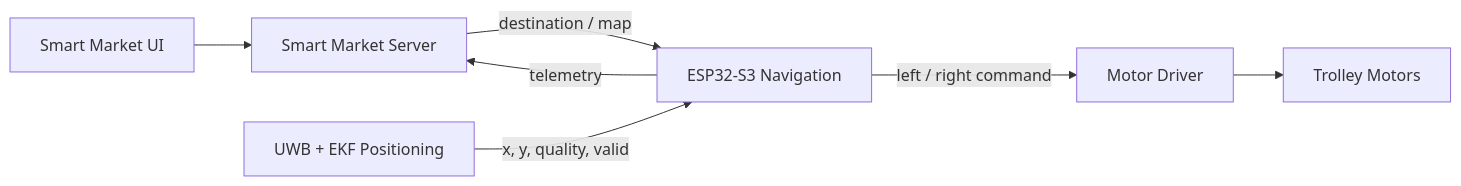
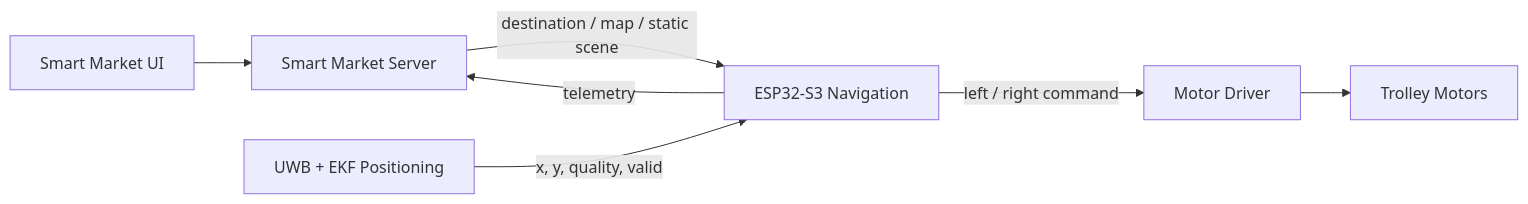
Before and after one commit to TA-smartmarket/wideband-navigation: the diagram in README.md, drawn with Mermaid. The commit also changed other lines of this file and 13 other files, not shown here.

````diff
--- a/README.md
+++ b/README.md
@@ -37,16 +39,16 @@
 ```mermaid
 flowchart LR
     UI[Smart Market UI]
     SERVER[Smart Market Server]
     UWB[UWB + EKF Positioning]
     ESP[ESP32-S3 Navigation]
     MOTOR[Motor Driver]
     WHEELS[Trolley Motors]
 
     UI --> SERVER
-    SERVER -->|destination / map| ESP
+    SERVER -->|destination / map / static scene| ESP
     UWB -->|x, y, quality, valid| ESP
     ESP -->|left / right command| MOTOR
     MOTOR --> WHEELS
     ESP -->|telemetry| SERVER
 ```
````
